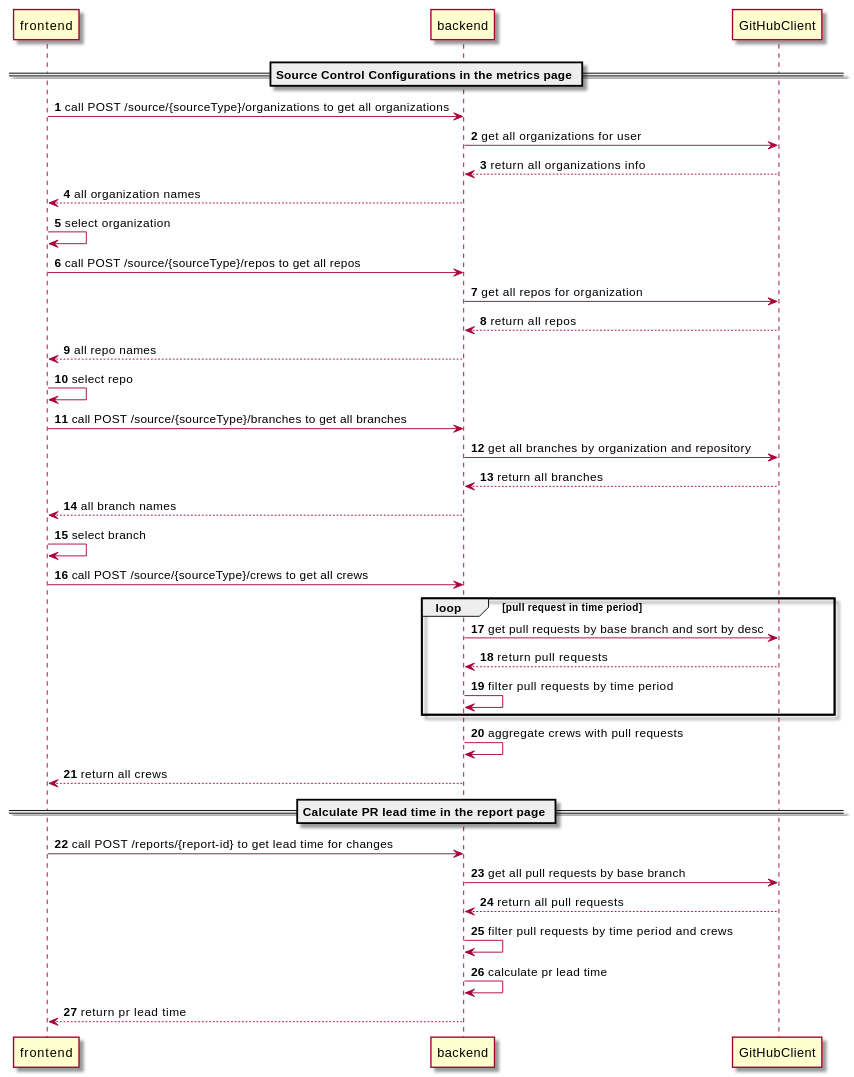
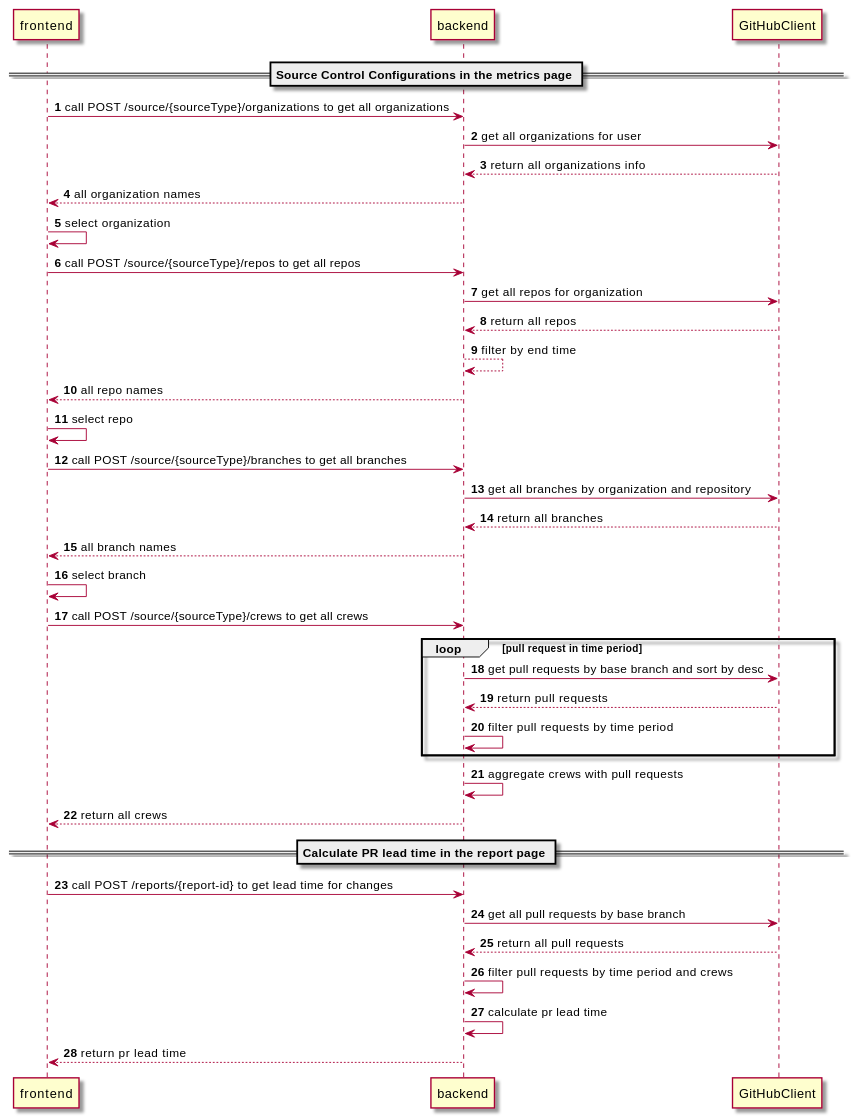
Before and after one commit to au-heartbeat/Heartbeat: the diagram in docs/src/content/docs/en/spikes/tech-spikes-github-api-for-pull-request-info-by-token.mdx, drawn with PlantUML. The commit also changed other lines of this file and 6 other files, not shown here.

````diff
--- a/docs/src/content/docs/en/spikes/tech-spikes-github-api-for-pull-request-info-by-token.mdx
+++ b/docs/src/content/docs/en/spikes/tech-spikes-github-api-for-pull-request-info-by-token.mdx
@@ -20,42 +20,43 @@
 ```plantuml
 @startuml
 autonumber
 skin rose
 participant frontend as frontend
 participant backend as backend
 participant GitHubClient as GitHubClient
 
 == Source Control Configurations in the metrics page ==
 frontend -> backend: call POST /source/{sourceType}/organizations to get all organizations
 backend -> GitHubClient: get all organizations for user
 GitHubClient --> backend: return all organizations info
 backend --> frontend: all organization names
 frontend -> frontend: select organization
 frontend -> backend: call POST /source/{sourceType}/repos to get all repos
 backend -> GitHubClient: get all repos for organization
 GitHubClient --> backend: return all repos
+backend --> backend: filter by end time
 backend --> frontend: all repo names
 frontend -> frontend: select repo
 frontend -> backend: call POST /source/{sourceType}/branches to get all branches
 backend -> GitHubClient: get all branches by organization and repository
 GitHubClient --> backend: return all branches
 backend --> frontend: all branch names
 frontend -> frontend: select branch
 frontend -> backend: call POST /source/{sourceType}/crews to get all crews
 loop pull request in time period
     backend -> GitHubClient: get pull requests by base branch and sort by desc
     GitHubClient --> backend: return pull requests
     backend -> backend: filter pull requests by time period
 end
 backend -> backend: aggregate crews with pull requests
 backend --> frontend: return all crews
 
 == Calculate PR lead time in the report page ==
 frontend -> backend: call POST /reports/{report-id} to get lead time for changes
 backend -> GitHubClient: get all pull requests by base branch
 GitHubClient --> backend: return all pull requests
 backend -> backend: filter pull requests by time period and crews
 backend -> backend: calculate pr lead time
 backend --> frontend: return pr lead time
 @enduml
 ```
````
